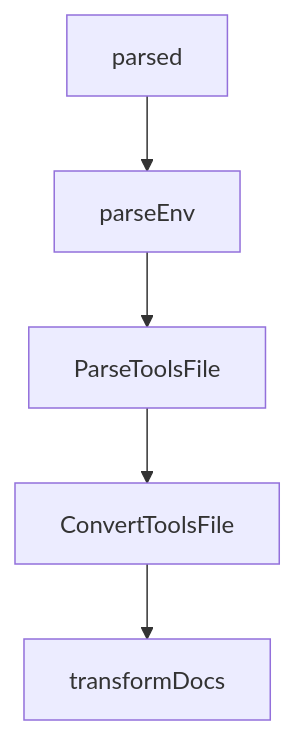
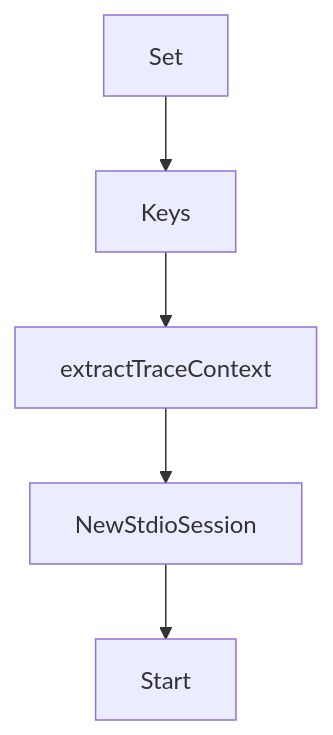
The diagram in tutorials/genai-toolbox-tutorial/02-architecture-and-control-plane.md (johnxie/awesome-code-docs), drawn with Mermaid before and after one commit. The commit also changed other lines of this file and 1232 other files, not shown here.

````diff
--- a/tutorials/genai-toolbox-tutorial/02-architecture-and-control-plane.md
+++ b/tutorials/genai-toolbox-tutorial/02-architecture-and-control-plane.md
@@ -209,12 +207,12 @@
 ```mermaid
 flowchart TD
-    A[parsed]
-    B[parseEnv]
-    C[ParseToolsFile]
-    D[ConvertToolsFile]
-    E[transformDocs]
+    A[Set]
+    B[Keys]
+    C[extractTraceContext]
+    D[NewStdioSession]
+    E[Start]
     A --> B
     B --> C
     C --> D
     D --> E
 ```
````
